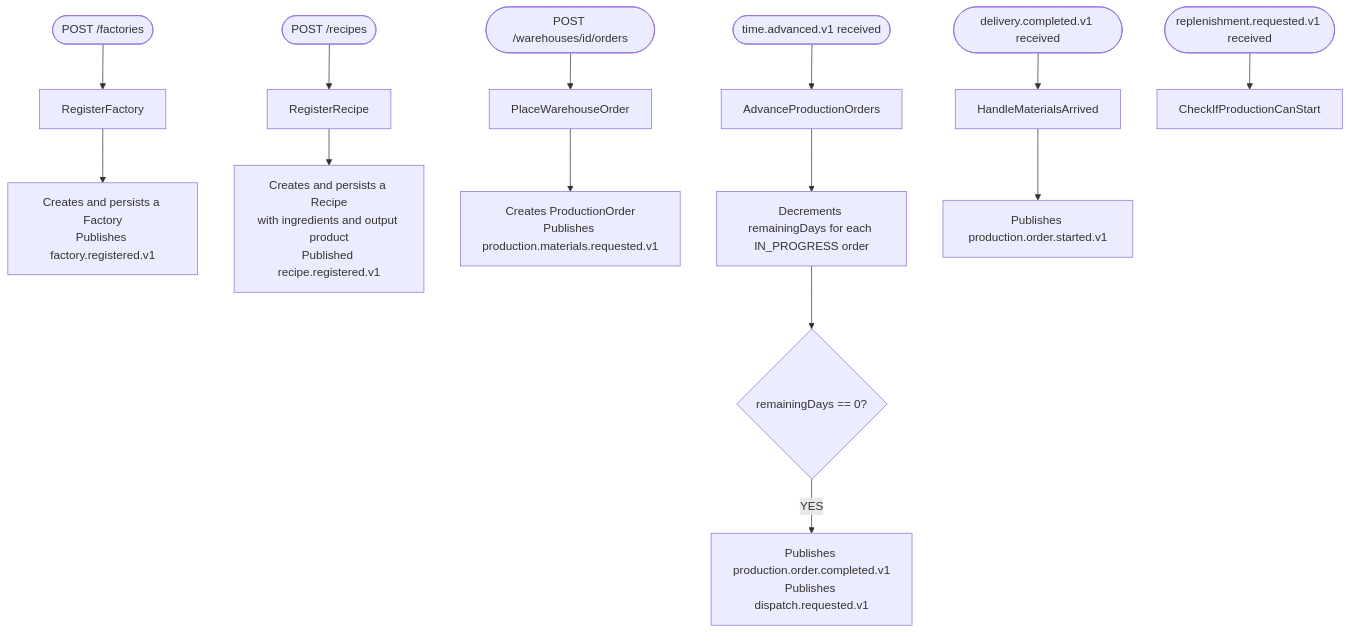
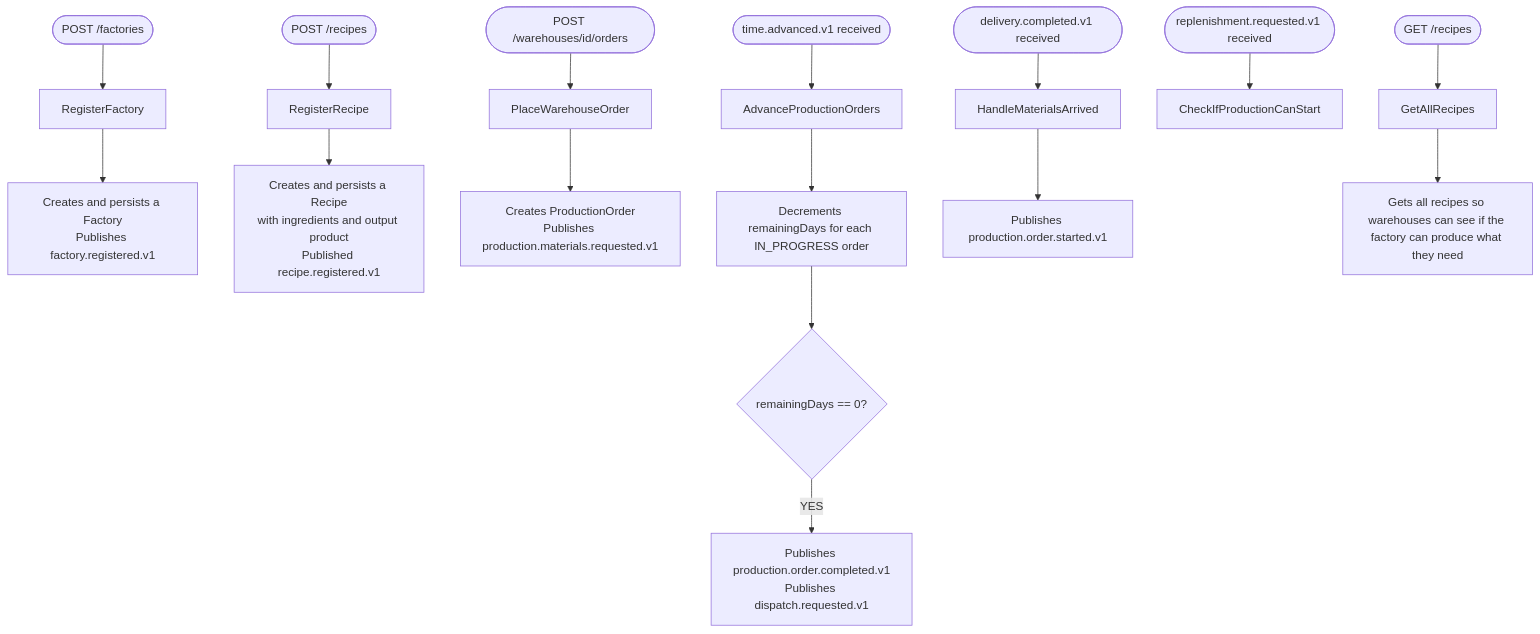
Before and after one commit to PauLopNun/workshop-suministros: the second of 3 diagrams in production/ddd.md, drawn with Mermaid.

Commit message:
docs: added endpoint to schema

````diff
--- a/production/ddd.md
+++ b/production/ddd.md
@@ -163,16 +163,18 @@
 ```mermaid
 flowchart TD
     UC1([POST /factories]) --> A1[RegisterFactory]
     A1 --> A2[Creates and persists a Factory\nPublishes factory.registered.v1]
     UC2([POST /recipes]) --> B1[RegisterRecipe]
     B1 --> B2[Creates and persists a Recipe\nwith ingredients and output product\nPublished recipe.registered.v1]
     UC3([POST /warehouses/id/orders]) --> C1[PlaceWarehouseOrder]
     C1 --> C2[Creates ProductionOrder\nPublishes production.materials.requested.v1]
     UC4([time.advanced.v1 received]) --> D1[AdvanceProductionOrders]
     D1 --> D2[Decrements remainingDays for each IN_PROGRESS order]
     D2 --> D3{remainingDays == 0?}
     D3 -->|YES| D4[Publishes production.order.completed.v1\nPublishes dispatch.requested.v1]
     UC5([delivery.completed.v1 received]) --> E1[HandleMaterialsArrived]
     E1 --> E2[Publishes production.order.started.v1]
     UC6([replenishment.requested.v1 received]) --> F1[CheckIfProductionCanStart]
+    UC7([GET /recipes]) --> G1[GetAllRecipes]
+    G1 --> G2[Gets all recipes so warehouses can see if the factory can produce what they need]
 ```
````
